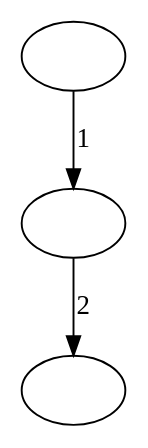
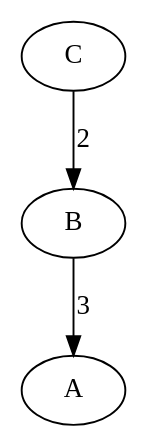
One commit to baptistepauletto/AnalyseurLogApache changed the diagram in blabla.dot. Above: the diagram before and after it, drawn with Graphviz. The commit also changed 2 other files, not shown here.

```diff
--- a/blabla.dot
+++ b/blabla.dot
@@ -1,7 +1,7 @@
 digraph{
-node2 [label=""];
-node1 [label=""];
-node0 [label=""];
-node2 -> node1 [label="1"];
-node1 -> node0 [label="2"];
+node2 [label="C"];
+node1 [label="B"];
+node0 [label="A"];
+node2 -> node1 [label="2"];
+node1 -> node0 [label="3"];
 }
```
